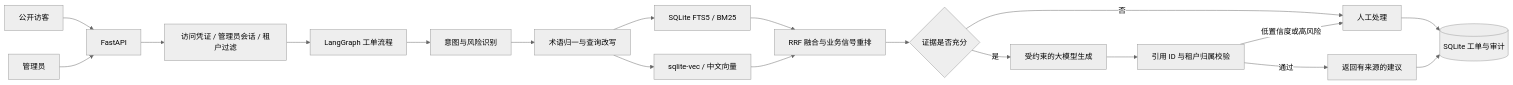
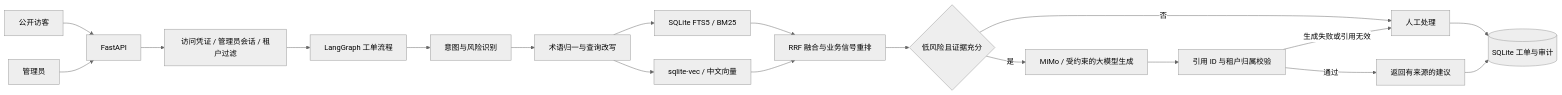
Before and after one commit to su4-6/QIYE-agent-plus: the diagram in docs/architecture.md, drawn with Mermaid (neutral theme). The commit also changed 13 other files, not shown here.

````diff
--- a/docs/architecture.md
+++ b/docs/architecture.md
@@ -3,21 +3,21 @@
 ```mermaid
 flowchart LR
     U[公开访客] --> API[FastAPI]
     A[管理员] --> API
     API --> AUTH[访问凭证 / 管理员会话 / 租户过滤]
     AUTH --> G[LangGraph 工单流程]
     G --> T[意图与风险识别]
     T --> Q[术语归一与查询改写]
     Q --> B[SQLite FTS5 / BM25]
     Q --> V[sqlite-vec / 中文向量]
     B --> R[RRF 融合与业务信号重排]
     V --> R
-    R --> E{证据是否充分}
-    E -->|是| L[受约束的大模型生成]
+    R --> E{低风险且证据充分}
+    E -->|是| L[MiMo / 受约束的大模型生成]
     L --> C[引用 ID 与租户归属校验]
     E -->|否| H[人工处理]
-    C -->|低置信度或高风险| H
+    C -->|生成失败或引用无效| H
     C -->|通过| O[返回有来源的建议]
     H --> DB[(SQLite 工单与审计)]
     O --> DB
 ```
````
